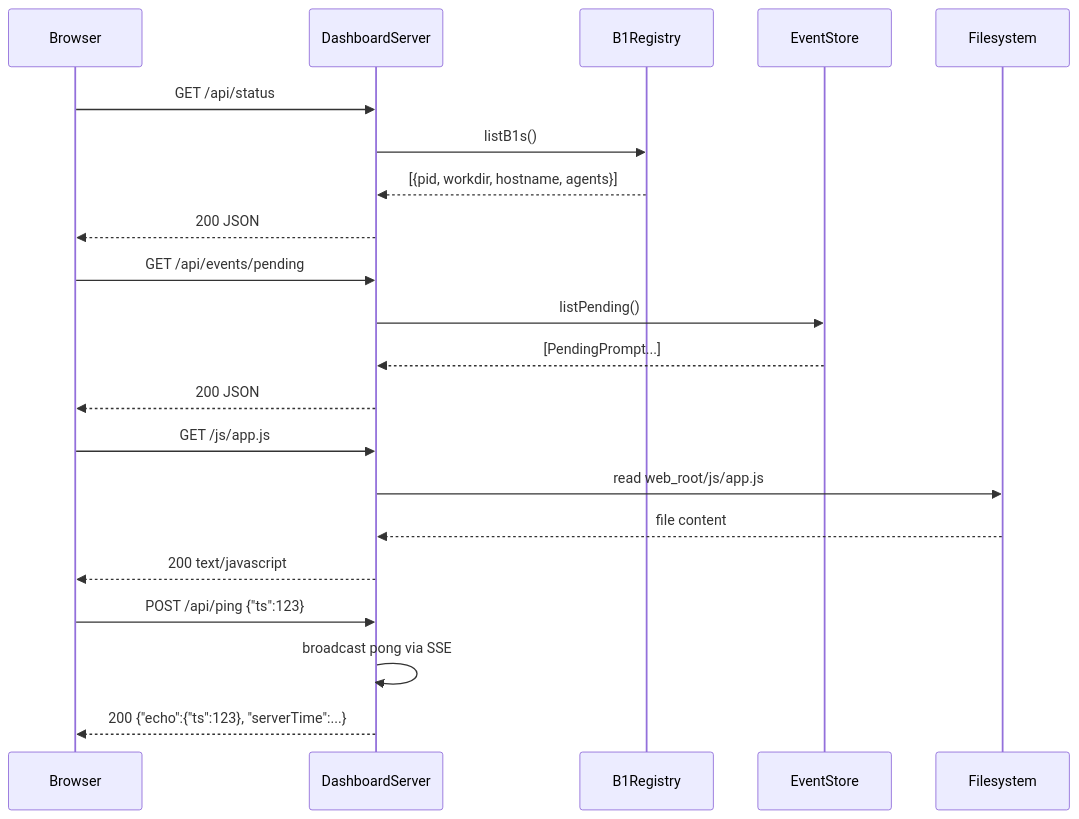
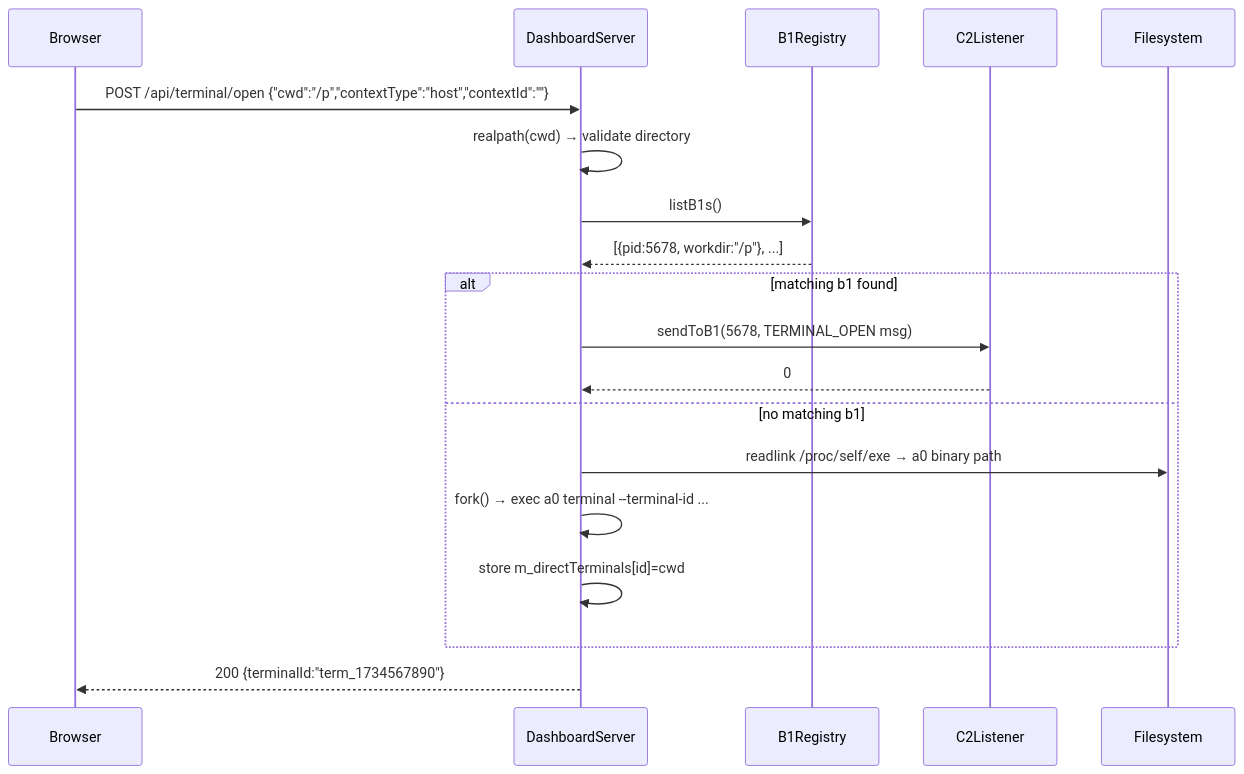
The sixth of 6 diagrams in src/c2/technical-specification.md (opensassi/a0), drawn with Mermaid before and after one commit. The commit also changed other lines of this file and 165 other files, not shown here.

````diff
--- a/src/c2/technical-specification.md
+++ b/src/c2/technical-specification.md
@@ -457,27 +391,22 @@
 ```mermaid
 sequenceDiagram
     participant Browser
     participant D as DashboardServer
     participant REG as B1Registry
-    participant EV as EventStore
+    participant L as C2Listener
     participant FS as Filesystem
 
-    Browser->>D: GET /api/status
+    Browser->>D: POST /api/terminal/open {"cwd":"/p","contextType":"host","contextId":""}
+    D->>D: realpath(cwd) → validate directory
     D->>REG: listB1s()
-    REG-->>D: [{pid, workdir, hostname, agents}]
-    D-->>Browser: 200 JSON
-
-    Browser->>D: GET /api/events/pending
-    D->>EV: listPending()
-    EV-->>D: [PendingPrompt...]
-    D-->>Browser: 200 JSON
-
-    Browser->>D: GET /js/app.js
-    D->>FS: read web_root/js/app.js
-    FS-->>D: file content
-    D-->>Browser: 200 text/javascript
-
-    Browser->>D: POST /api/ping {"ts":123}
-    D->>D: broadcast pong via SSE
-    D-->>Browser: 200 {"echo":{"ts":123}, "serverTime":...}
+    REG-->>D: [{pid:5678, workdir:"/p"}, ...]
+    alt matching b1 found
+        D->>L: sendToB1(5678, TERMINAL_OPEN msg)
+        L-->>D: 0
+    else no matching b1
+        D->>FS: readlink /proc/self/exe → a0 binary path
+        D->>D: fork() → exec a0 terminal --terminal-id ...
+        D->>D: store m_directTerminals[id]=cwd
+    end
+    D-->>Browser: 200 {terminalId:"term_1734567890"}
 ```
````
